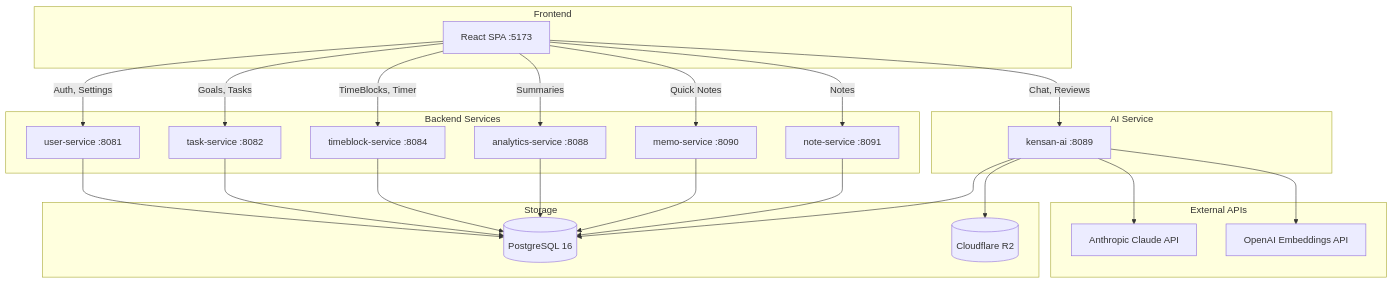
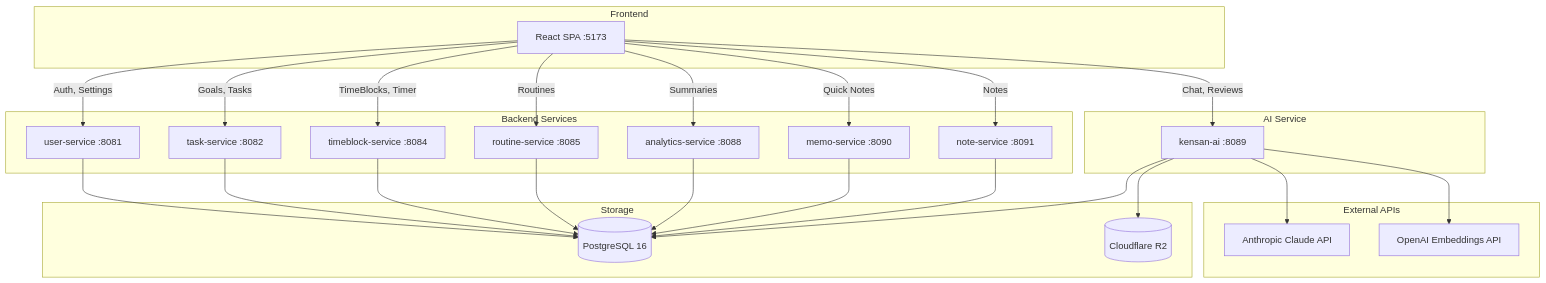
The first of 2 diagrams in backend/ARCHITECTURE.md (yu-min3/kensan), drawn with Mermaid before and after one commit. The commit also changed other lines of this file and 82 other files, not shown here.

````diff
--- a/backend/ARCHITECTURE.md
+++ b/backend/ARCHITECTURE.md
@@ -41,48 +41,51 @@
 ```mermaid
 graph TB
     subgraph Frontend
         SPA[React SPA :5173]
     end
 
     subgraph "Backend Services"
         US[user-service :8081]
         TS[task-service :8082]
         TBS[timeblock-service :8084]
+        RS[routine-service :8085]
         AS[analytics-service :8088]
         MS[memo-service :8090]
         NS[note-service :8091]
     end
 
     subgraph "AI Service"
         AI[kensan-ai :8089]
     end
 
     subgraph Storage
         PG[(PostgreSQL 16)]
         R2[(Cloudflare R2)]
     end
 
     subgraph "External APIs"
         Claude[Anthropic Claude API]
         OpenAI[OpenAI Embeddings API]
     end
 
     SPA -->|Auth, Settings| US
     SPA -->|Goals, Tasks| TS
     SPA -->|TimeBlocks, Timer| TBS
+    SPA -->|Routines| RS
     SPA -->|Summaries| AS
     SPA -->|Quick Notes| MS
     SPA -->|Notes| NS
     SPA -->|Chat, Reviews| AI
 
     US --> PG
     TS --> PG
     TBS --> PG
+    RS --> PG
     AS --> PG
     MS --> PG
     NS --> PG
     AI --> PG
     AI --> R2
     AI --> Claude
     AI --> OpenAI
 ```
````
